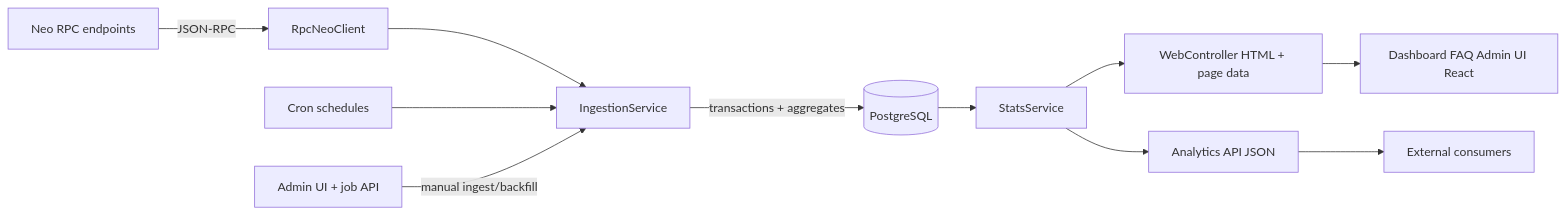
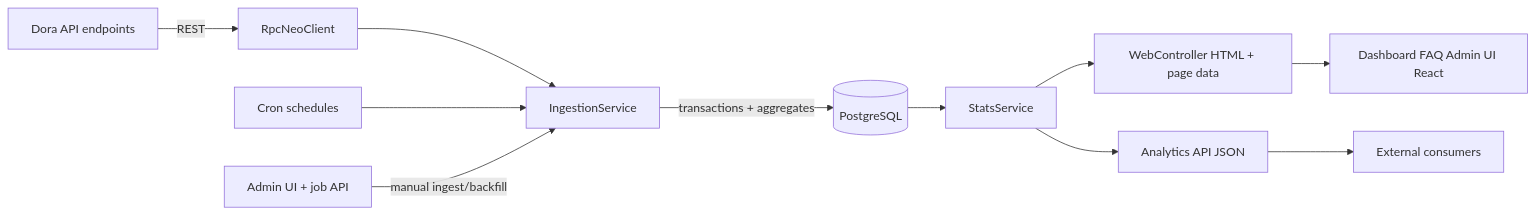
The diagram in README.md (ethArek/neo-analytics), drawn with Mermaid before and after one commit. The commit also changed other lines of this file and 10 other files, not shown here.

Commit message:
feat: add Dora-based integration flow with one-day CSV fixtures

````diff
--- a/README.md
+++ b/README.md
@@ -13,13 +13,13 @@
 ```mermaid
 flowchart LR
-  RPC[Neo RPC endpoints] -->|JSON-RPC| NeoClient[RpcNeoClient]
+  Dora[Dora API endpoints] -->|REST| NeoClient[RpcNeoClient]
   NeoClient --> Ingest[IngestionService]
   Cron[Cron schedules] --> Ingest
   Admin[Admin UI + job API] -->|manual ingest/backfill| Ingest
   Ingest -->|transactions + aggregates| DB[(PostgreSQL)]
   DB --> Stats[StatsService]
   Stats --> Web["WebController HTML + page data"]
   Stats --> API["Analytics API JSON"]
   Web --> UI["Dashboard FAQ Admin UI React"]
   API --> Consumers[External consumers]
 ```
````
